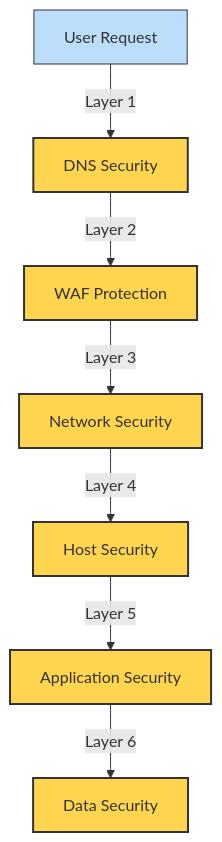
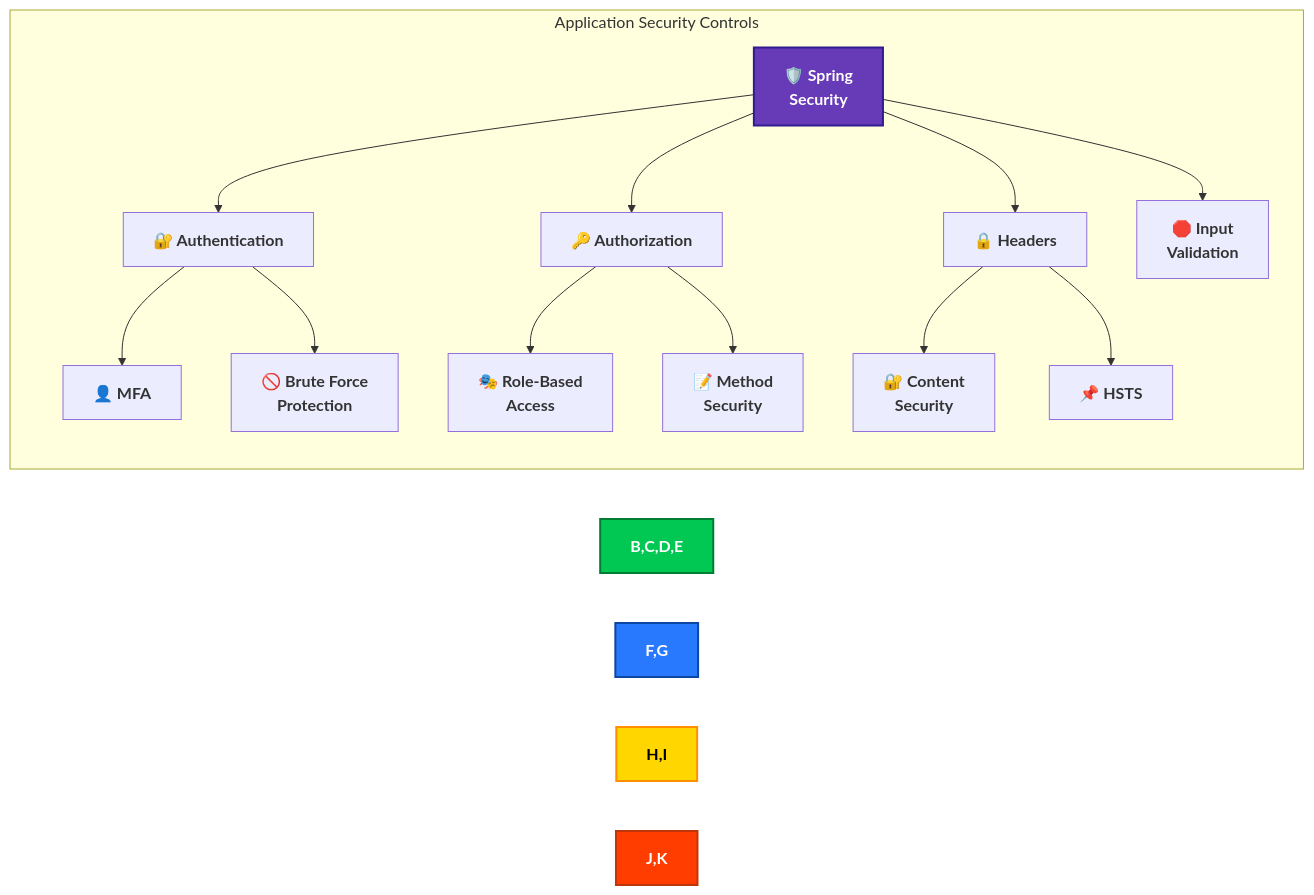
Diagram 12 of 15 in SECURITY_ARCHITECTURE.md (Hack23/cia), drawn with Mermaid before and after one commit. The commit also changed other lines of this file, not shown here.

````diff
--- a/SECURITY_ARCHITECTURE.md
+++ b/SECURITY_ARCHITECTURE.md
@@ -1119,17 +728,25 @@
 ```mermaid
-graph TD
-    A[User Request] -->|Layer 1| B[DNS Security]
-    B -->|Layer 2| C[WAF Protection]
-    C -->|Layer 3| D[Network Security]
-    D -->|Layer 4| E[Host Security]
-    E -->|Layer 5| F[Application Security]
-    F -->|Layer 6| G[Data Security]
+flowchart LR
+    subgraph "Application Security Controls"
+        A[🛡️ Spring<br>Security] --> B[🔐 Authentication]
+        A --> C[🔑 Authorization]
+        A --> D[🔒 Headers]
+        A --> E[🛑 Input<br>Validation]
+        
+        B --> F[👤 MFA]
+        B --> G[🚫 Brute Force<br>Protection]
+        
+        C --> H[🎭 Role-Based<br>Access]
+        C --> I[📝 Method<br>Security]
+        
+        D --> J[🔐 Content<br>Security]
+        D --> K[📌 HSTS]
+    end
     
-    style A fill:#bbdefb,stroke:#333,stroke-width:1px
-    style B fill:#ffd54f,stroke:#333,stroke-width:2px
-    style C fill:#ffd54f,stroke:#333,stroke-width:2px
-    style D fill:#ffd54f,stroke:#333,stroke-width:2px
-    style E fill:#ffd54f,stroke:#333,stroke-width:2px
-    style F fill:#ffd54f,stroke:#333,stroke-width:2px
-    style G fill:#ffd54f,stroke:#333,stroke-width:2px
+    style A fill:#673AB7,stroke:#311B92,stroke-width:2px,color:white,font-weight:bold
+    style B,C,D,E fill:#00C853,stroke:#007E33,stroke-width:2px,color:white,font-weight:bold
+    style F,G fill:#2979FF,stroke:#0D47A1,stroke-width:2px,color:white,font-weight:bold
+    style H,I fill:#FFD600,stroke:#FF8F00,stroke-width:2px,color:black,font-weight:bold
+    style J,K fill:#FF3D00,stroke:#BF360C,stroke-width:2px,color:white,font-weight:bold
+    classDef default font-weight:bold
 ```
````
